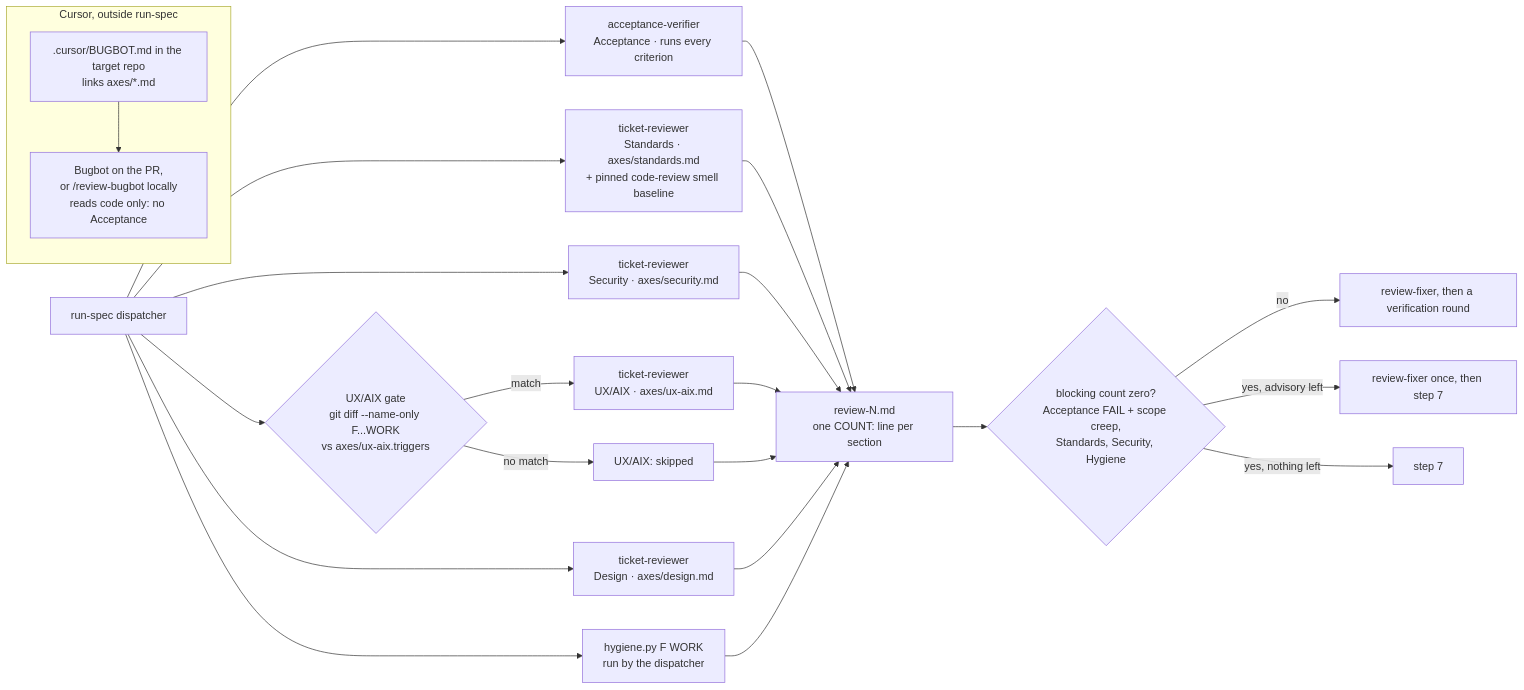
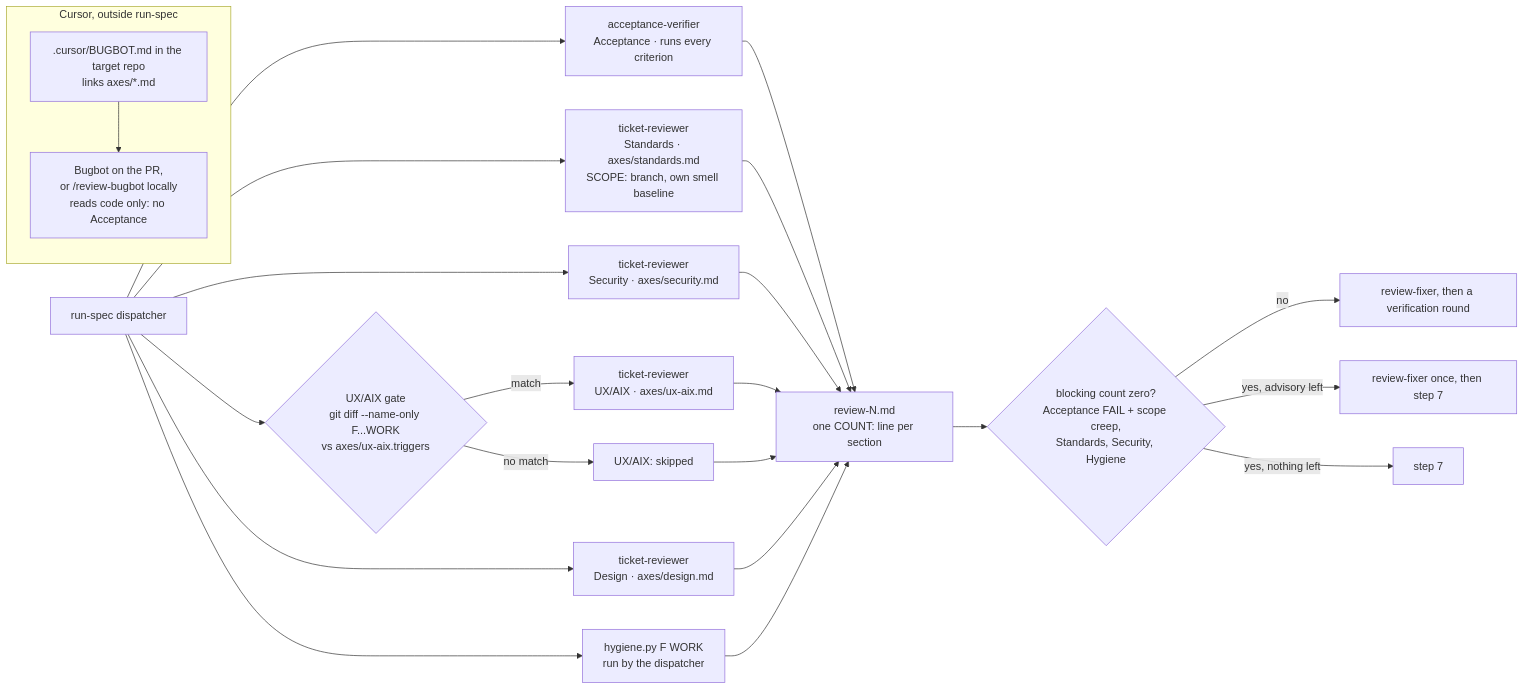
Before and after one commit to rodrigorjsf/ai-study-library: the second of 2 diagrams in ai/skills/run-spec/README.md, drawn with Mermaid. The commit also changed other lines of this file and 14 other files, not shown here.

First line of the commit message:
feat(run-spec): self-contained kit, own TDD guide and review briefs

````diff
--- a/ai/skills/run-spec/README.md
+++ b/ai/skills/run-spec/README.md
@@ -45,20 +45,20 @@
 ```mermaid
 flowchart LR
     D["run-spec dispatcher"]
     D --> ACC["acceptance-verifier<br/>Acceptance · runs every criterion"]
-    D --> STD["ticket-reviewer<br/>Standards · axes/standards.md<br/>+ pinned code-review smell baseline"]
+    D --> STD["ticket-reviewer<br/>Standards · axes/standards.md<br/>SCOPE: branch, own smell baseline"]
     D --> SEC["ticket-reviewer<br/>Security · axes/security.md"]
     D --> G{"UX/AIX gate<br/>git diff --name-only F...WORK<br/>vs axes/ux-aix.triggers"}
     G -- match --> UX["ticket-reviewer<br/>UX/AIX · axes/ux-aix.md"]
     G -- no match --> SKIP["UX/AIX: skipped"]
     D --> DES["ticket-reviewer<br/>Design · axes/design.md"]
     D --> HY["hygiene.py F WORK<br/>run by the dispatcher"]
     ACC & STD & SEC & UX & SKIP & DES & HY --> R["review-N.md<br/>one COUNT: line per section"]
     R --> RT{"blocking count zero?<br/>Acceptance FAIL + scope creep,<br/>Standards, Security, Hygiene"}
     RT -- "no" --> FX["review-fixer, then a verification round"]
     RT -- "yes, advisory left" --> FX1["review-fixer once, then step 7"]
     RT -- "yes, nothing left" --> S7["step 7"]
     subgraph CURSOR ["Cursor, outside run-spec"]
         BB[".cursor/BUGBOT.md in the target repo<br/>links axes/*.md"] --> BOT["Bugbot on the PR,<br/>or /review-bugbot locally<br/>reads code only: no Acceptance"]
     end
 ```
````
